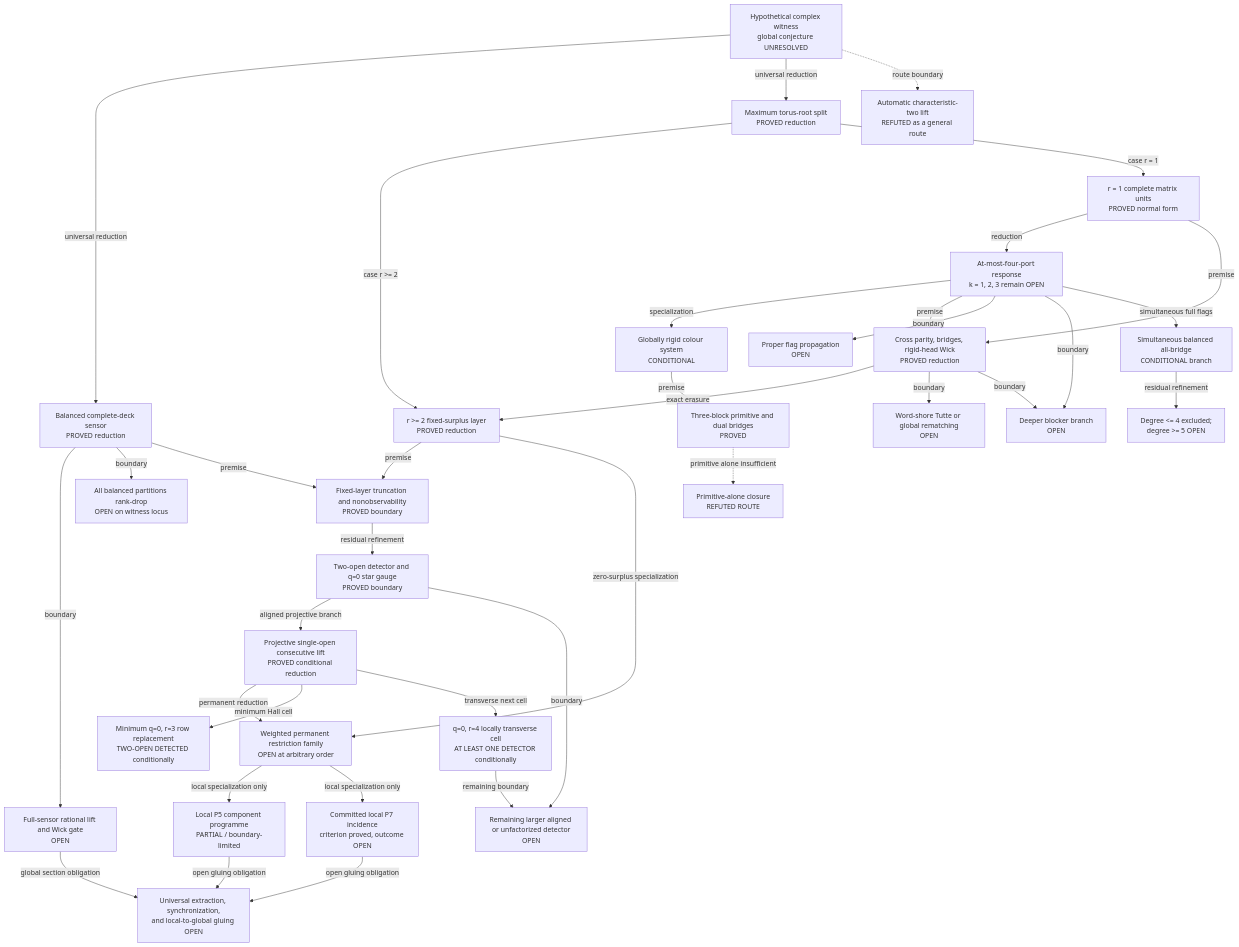
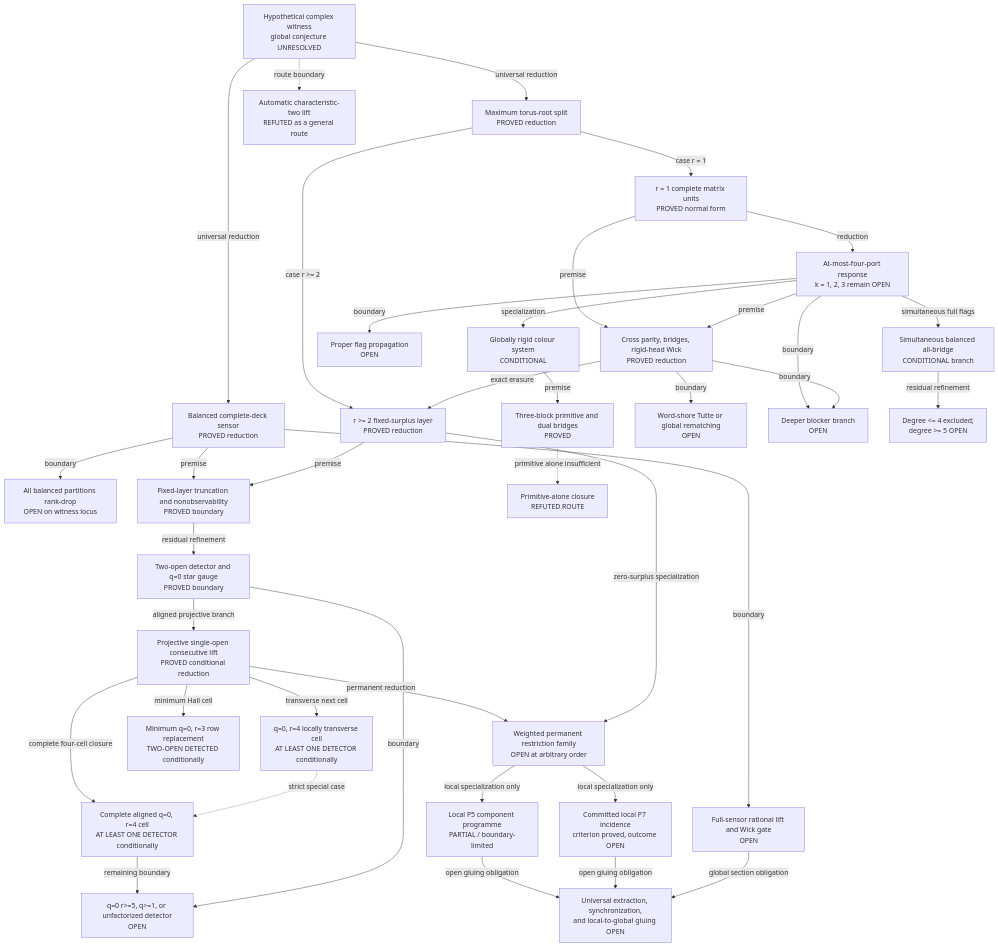
The diagram in docs/current-frontier.md (YesterdaysLemon/krenn-gu-research), drawn with Mermaid before and after one commit. The commit also changed other lines of this file and 6 other files, not shown here.

Commit message:
Prove complete four-cell detector (#87)

````diff
--- a/docs/current-frontier.md
+++ b/docs/current-frontier.md
@@ -43,75 +43,78 @@
 ```mermaid
 flowchart TD
   G0["Hypothetical complex witness<br/>global conjecture UNRESOLVED"]
 
   S1["Balanced complete-deck sensor<br/>PROVED reduction"]
   S2["Full-sensor rational lift and Wick gate<br/>OPEN"]
   S3["All balanced partitions rank-drop<br/>OPEN on witness locus"]
 
   M1["Maximum torus-root split<br/>PROVED reduction"]
   M2["r >= 2 fixed-surplus layer<br/>PROVED reduction"]
   PR["Weighted permanent restriction family<br/>OPEN at arbitrary order"]
   O1["Fixed-layer truncation and nonobservability<br/>PROVED boundary"]
   O2["Two-open detector and q=0 star gauge<br/>PROVED boundary"]
   O2P["Projective single-open consecutive lift<br/>PROVED conditional reduction"]
   O2M["Minimum q=0, r=3 row replacement<br/>TWO-OPEN DETECTED conditionally"]
   O2T["q=0, r=4 locally transverse cell<br/>AT LEAST ONE DETECTOR conditionally"]
-  O3["Remaining larger aligned or unfactorized detector<br/>OPEN"]
+  O2F["Complete aligned q=0, r=4 cell<br/>AT LEAST ONE DETECTOR conditionally"]
+  O3["q=0 r>=5, q>=1, or unfactorized detector<br/>OPEN"]
 
   U1["r = 1 complete matrix units<br/>PROVED normal form"]
   U2["At-most-four-port response<br/>k = 1, 2, 3 remain OPEN"]
   U3["Globally rigid colour system<br/>CONDITIONAL"]
   U4["Three-block primitive and dual bridges<br/>PROVED"]
   U5["Primitive-alone closure<br/>REFUTED ROUTE"]
   U6["Cross parity, bridges, rigid-head Wick<br/>PROVED reduction"]
   U7["Word-shore Tutte or global rematching<br/>OPEN"]
   U8["Proper flag propagation<br/>OPEN"]
   D1["Deeper blocker branch<br/>OPEN"]
 
   A1["Simultaneous balanced all-bridge<br/>CONDITIONAL branch"]
   A2["Degree <= 4 excluded;<br/>degree >= 5 OPEN"]
 
   P5["Local P5 component programme<br/>PARTIAL / boundary-limited"]
   P7["Committed local P7 incidence<br/>criterion proved, outcome OPEN"]
   GL["Universal extraction, synchronization,<br/>and local-to-global gluing OPEN"]
   C2["Automatic characteristic-two lift<br/>REFUTED as a general route"]
 
   G0 -->|universal reduction| S1
   S1 -->|boundary| S2
   S1 -->|boundary| S3
 
   G0 -->|universal reduction| M1
   M1 -->|case r >= 2| M2
   M1 -->|case r = 1| U1
   S1 -->|premise| O1
   M2 -->|premise| O1
   O1 -->|residual refinement| O2
   O2 -->|aligned projective branch| O2P
   O2P -->|permanent reduction| PR
   O2P -->|minimum Hall cell| O2M
   O2P -->|transverse next cell| O2T
-  O2T -->|remaining boundary| O3
+  O2P -->|complete four-cell closure| O2F
+  O2T -. strict special case .-> O2F
+  O2F -->|remaining boundary| O3
   O2 -->|boundary| O3
   M2 -->|zero-surplus specialization| PR
 
   U1 -->|reduction| U2
   U2 -->|specialization| U3
   U3 -->|premise| U4
   U4 -. primitive alone insufficient .-> U5
   U1 -->|premise| U6
   U2 -->|premise| U6
   U6 -->|exact erasure| M2
   U6 -->|boundary| U7
   U2 -->|boundary| U8
   U2 -->|boundary| D1
   U6 -->|boundary| D1
   U2 -->|simultaneous full flags| A1
   A1 -->|residual refinement| A2
 
   PR -->|local specialization only| P5
   PR -->|local specialization only| P7
   P5 -->|open gluing obligation| GL
   P7 -->|open gluing obligation| GL
   S2 -->|global section obligation| GL
   G0 -. route boundary .-> C2
 ```
````
